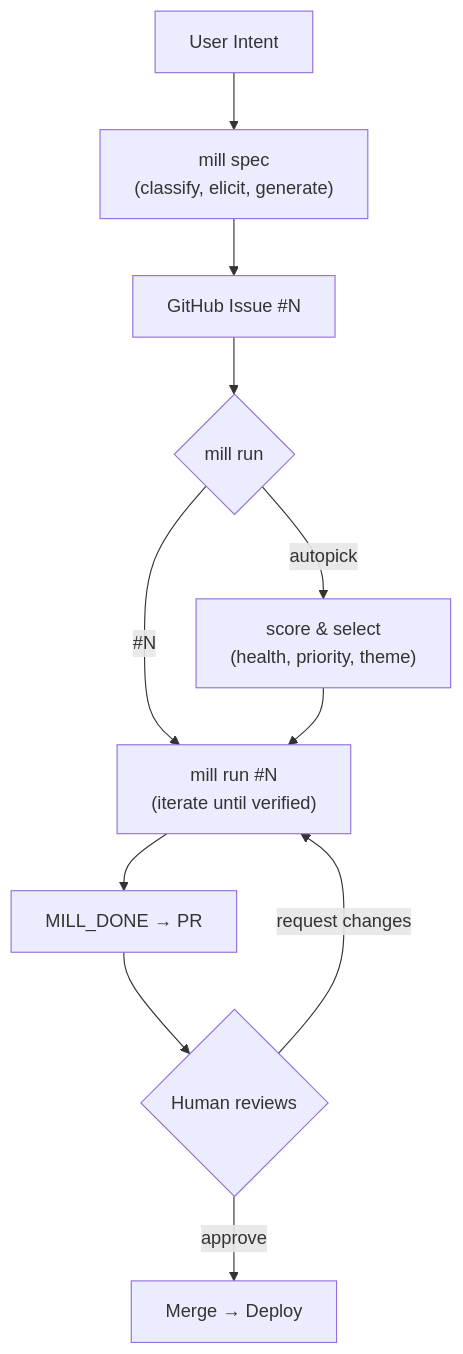
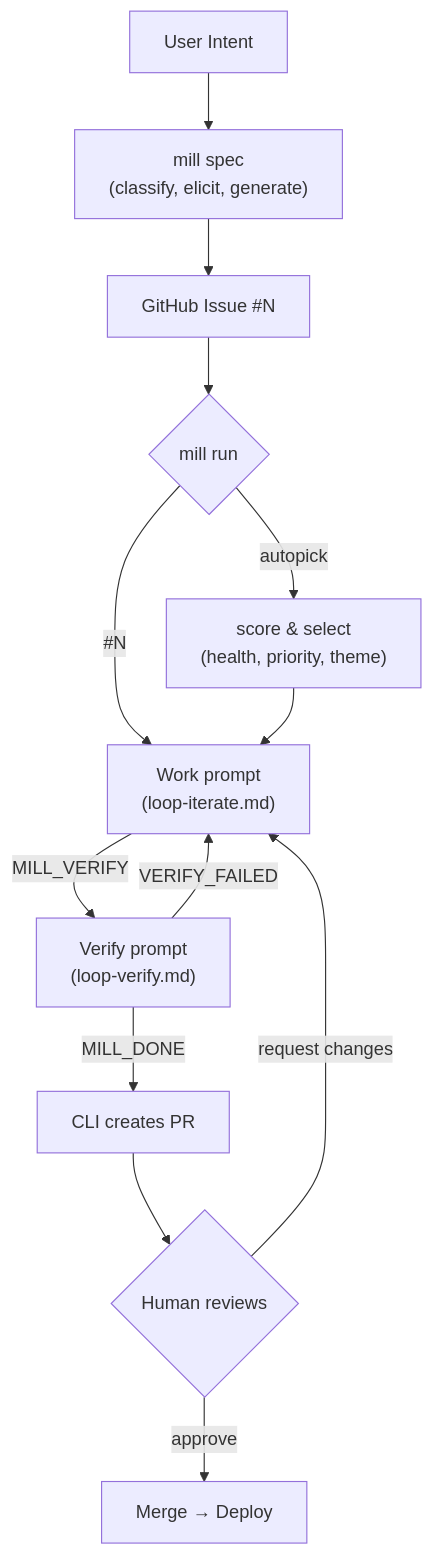
Before and after one commit to mindrevolution/mill: the diagram in AGENTS.md, drawn with Mermaid. The commit also changed other lines of this file and 3 other files, not shown here.

First line of the commit message:
feat: two-prompt verification — work can't grade its own homework

````diff
--- a/AGENTS.md
+++ b/AGENTS.md
@@ -88,13 +90,15 @@
 ```mermaid
 flowchart TD
     A[User Intent] --> B["mill spec<br>(classify, elicit, generate)"]
     B --> C["GitHub Issue #N"]
     C --> D{"mill run"}
-    D -->|"#N"| E["mill run #N<br>(iterate until verified)"]
+    D -->|"#N"| E["Work prompt<br>(loop-iterate.md)"]
     D -->|"autopick"| F["score & select<br>(health, priority, theme)"]
     F --> E
-    E --> G[MILL_DONE → PR]
-    G --> H{Human reviews}
-    H -->|approve| I[Merge → Deploy]
-    H -->|request changes| E
+    E -->|MILL_VERIFY| G["Verify prompt<br>(loop-verify.md)"]
+    G -->|VERIFY_FAILED| E
+    G -->|MILL_DONE| H["CLI creates PR"]
+    H --> I{Human reviews}
+    I -->|approve| J[Merge → Deploy]
+    I -->|request changes| E
 ```
````
